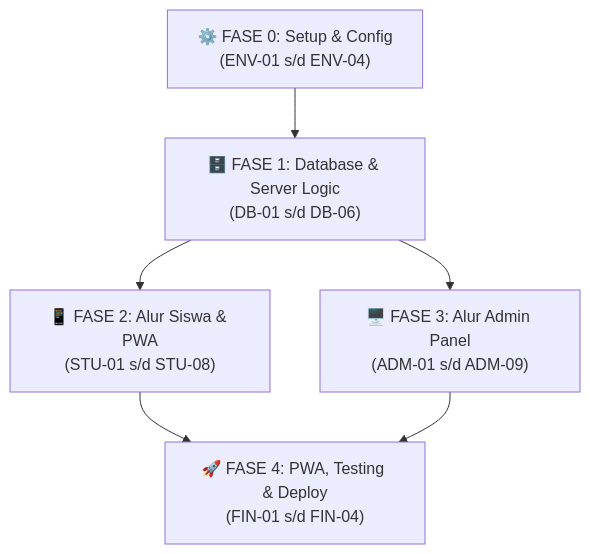
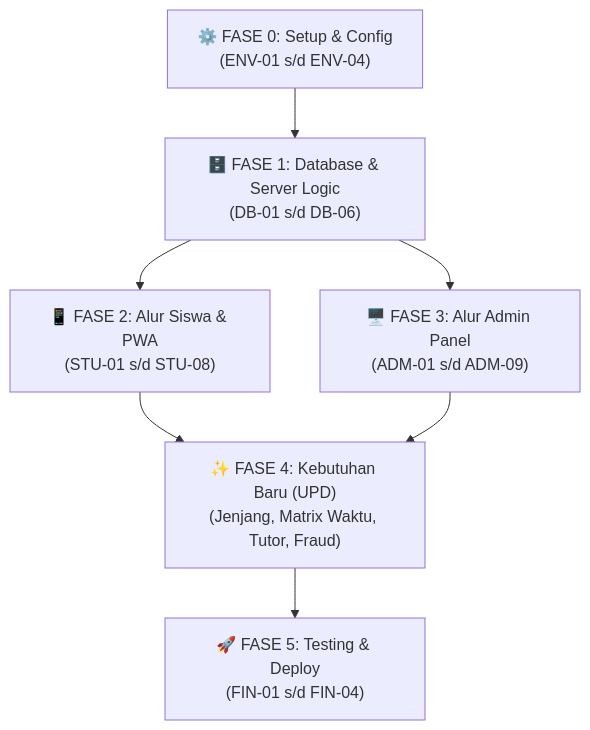
The diagram in TASK_BREAKDOWN.md (septianof/up-speaking), drawn with Mermaid before and after one commit. The commit also changed other lines of this file and 3 other files, not shown here.

Commit message:
docs(specs): perbarui prd, ui-flow, task-breakdown, dan product.md untuk kebutuhan jenjang dan matrix level

````diff
--- a/TASK_BREAKDOWN.md
+++ b/TASK_BREAKDOWN.md
@@ -113,9 +131,11 @@
 ```mermaid
 flowchart TD
     ENV["⚙️ FASE 0: Setup & Config\n(ENV-01 s/d ENV-04)"] --> DB["🗄️ FASE 1: Database & Server Logic\n(DB-01 s/d DB-06)"]
     
     DB --> STU["📱 FASE 2: Alur Siswa & PWA\n(STU-01 s/d STU-08)"]
     DB --> ADM["🖥️ FASE 3: Alur Admin Panel\n(ADM-01 s/d ADM-09)"]
     
-    STU & ADM --> FIN["🚀 FASE 4: PWA, Testing & Deploy\n(FIN-01 s/d FIN-04)"]
+    STU & ADM --> UPD["✨ FASE 4: Kebutuhan Baru (UPD)\n(Jenjang, Matrix Waktu, Tutor, Fraud)"]
+    
+    UPD --> FIN["🚀 FASE 5: Testing & Deploy\n(FIN-01 s/d FIN-04)"]
 ```
````
